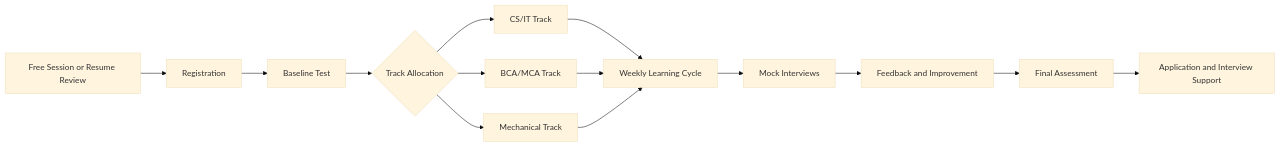
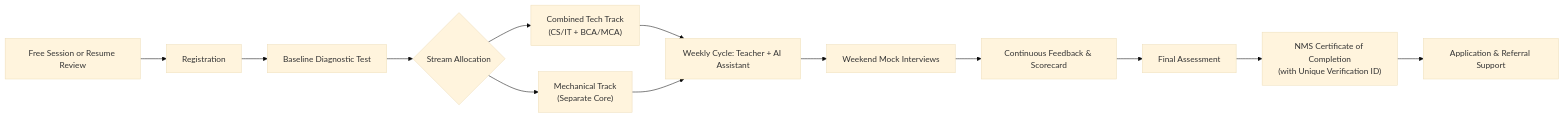
The diagram in docs/operations/student-journey.md (Anshitva7mishra/nms-placement-cohort), drawn with Mermaid (base theme) before and after one commit. The commit also changed other lines of this file and 24 other files, not shown here.

````diff
--- a/docs/operations/student-journey.md
+++ b/docs/operations/student-journey.md
@@ -3,16 +3,15 @@
 ```mermaid
 flowchart LR
     A["Free Session or Resume Review"] --> B["Registration"]
-    B --> C["Baseline Test"]
-    C --> D{"Track Allocation"}
-    D --> E["CS/IT Track"]
-    D --> F["BCA/MCA Track"]
-    D --> G["Mechanical Track"]
-    E --> H["Weekly Learning Cycle"]
-    F --> H
-    G --> H
-    H --> I["Mock Interviews"]
-    I --> J["Feedback and Improvement"]
-    J --> K["Final Assessment"]
-    K --> L["Application and Interview Support"]
+    B --> C["Baseline Diagnostic Test"]
+    C --> D{"Stream Allocation"}
+    D --> E["Combined Tech Track<br/>(CS/IT + BCA/MCA)"]
+    D --> F["Mechanical Track<br/>(Separate Core)"]
+    E --> G["Weekly Cycle: Teacher + AI Assistant"]
+    F --> G
+    G --> H["Weekend Mock Interviews"]
+    H --> I["Continuous Feedback & Scorecard"]
+    I --> J["Final Assessment"]
+    J --> K["NMS Certificate of Completion<br/>(with Unique Verification ID)"]
+    K --> L["Application & Referral Support"]
 ```
````
